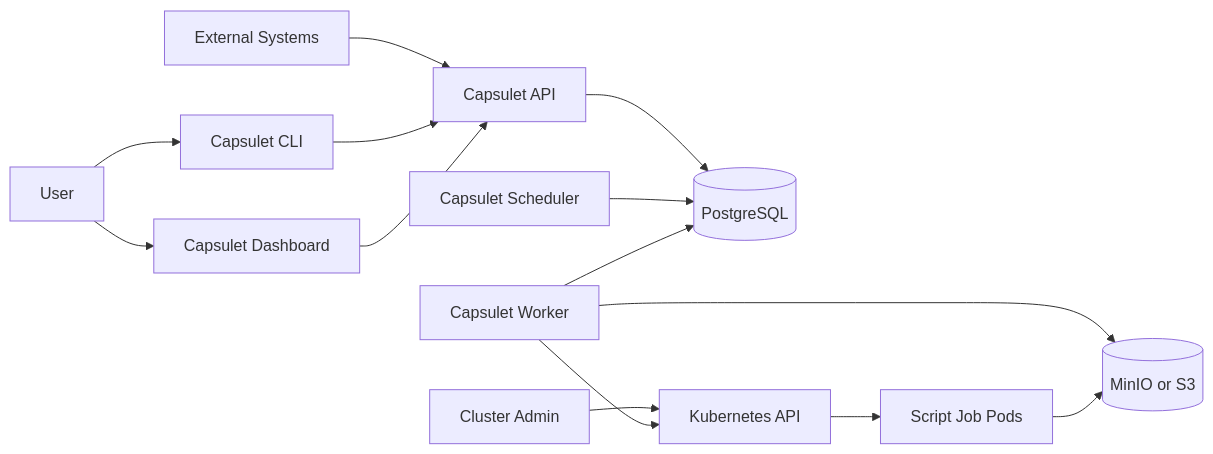
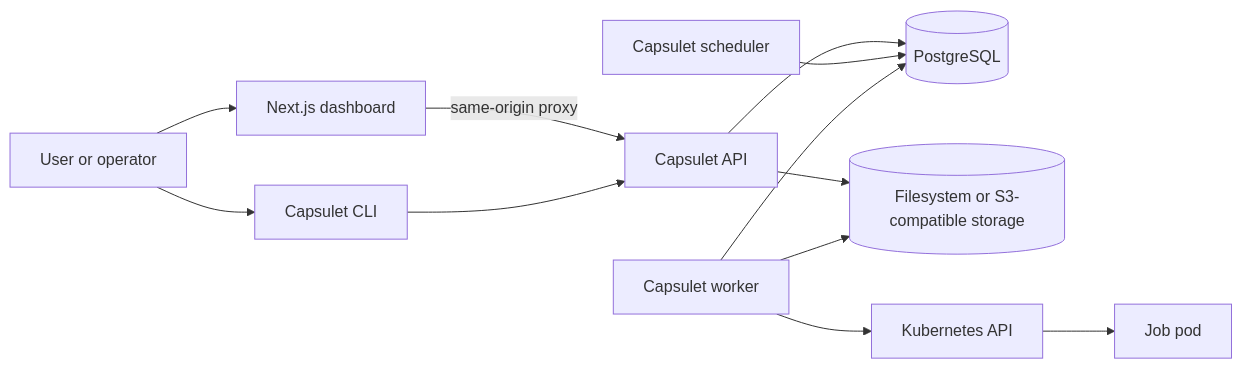
One commit to mohripan/capsulet changed the first of 6 diagrams in ARCHITECTURE.md. Above: the diagram before and after it, drawn with Mermaid. The commit also changed other lines of this file and 13 other files, not shown here.

````diff
--- a/ARCHITECTURE.md
+++ b/ARCHITECTURE.md
@@ -19,32 +15,25 @@
 ```mermaid
 flowchart LR
-    user[User]
-    admin[Cluster Admin]
-    external[External Systems]
+    user[User or operator]
+    dashboard[Next.js dashboard]
+    cli[Capsulet CLI]
+    api[Capsulet API]
+    scheduler[Capsulet scheduler]
+    worker[Capsulet worker]
+    db[(PostgreSQL)]
+    objects[(Filesystem or S3-compatible storage)]
+    kube[Kubernetes API]
+    job[Job pod]
 
-    cli[Capsulet CLI]
-    dashboard[Capsulet Dashboard]
-    api[Capsulet API]
-    scheduler[Capsulet Scheduler]
-    worker[Capsulet Worker]
-
-    postgres[(PostgreSQL)]
-    objectstore[(MinIO or S3)]
-    kube[Kubernetes API]
-    jobpod[Script Job Pods]
-
+    user --> dashboard
     user --> cli
-    user --> dashboard
-    external --> api
+    dashboard -->|same-origin proxy| api
     cli --> api
-    dashboard --> api
-    admin --> kube
-
-    api --> postgres
-    scheduler --> postgres
-    worker --> postgres
-    worker --> objectstore
+    api --> db
+    api --> objects
+    scheduler --> db
+    worker --> db
+    worker --> objects
     worker --> kube
-    kube --> jobpod
-    jobpod --> objectstore
+    kube --> job
 ```
````
